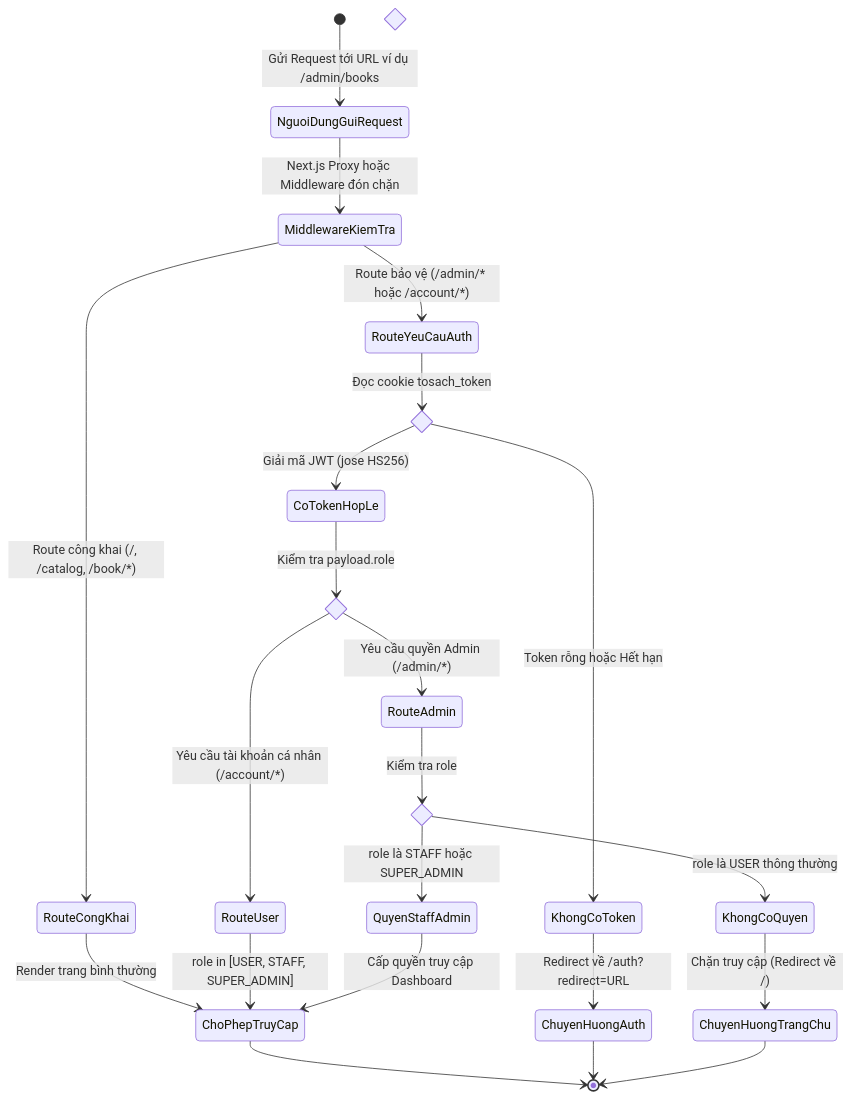
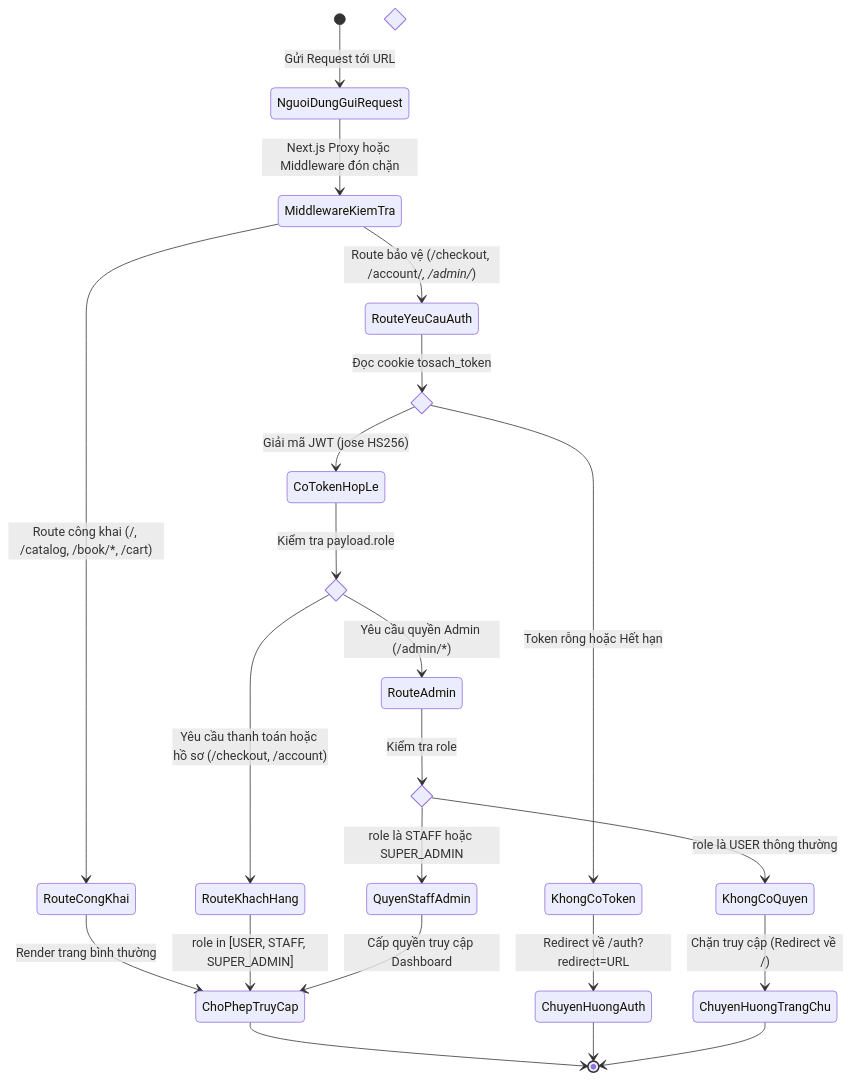
One commit to HannhhDangg/DALN-CNTT-1-1-26-N02_E-commerce-Book-Store changed the eighth of 14 diagrams in DOCS_KIEN_TRUC_SO_DO_BAO_CAO.md. Above: the diagram before and after it, drawn with Mermaid. The commit also changed other lines of this file and 1 other file, not shown here.

````diff
--- a/DOCS_KIEN_TRUC_SO_DO_BAO_CAO.md
+++ b/DOCS_KIEN_TRUC_SO_DO_BAO_CAO.md
@@ -462,37 +468,37 @@
 ```mermaid
 stateDiagram-v2
-    [*] --> NguoiDungGuiRequest: Gửi Request tới URL ví dụ /admin/books
+    [*] --> NguoiDungGuiRequest: Gửi Request tới URL
     NguoiDungGuiRequest --> MiddlewareKiemTra: Next.js Proxy hoặc Middleware đón chặn
 
     state KiemTraLoaiRoute <<choice>>
-    MiddlewareKiemTra --> RouteCongKhai: Route công khai (/, /catalog, /book/*)
-    MiddlewareKiemTra --> RouteYeuCauAuth: Route bảo vệ (/admin/* hoặc /account/*)
+    MiddlewareKiemTra --> RouteCongKhai: Route công khai (/, /catalog, /book/*, /cart)
+    MiddlewareKiemTra --> RouteYeuCauAuth: Route bảo vệ (/checkout, /account/*, /admin/*)
 
     RouteCongKhai --> ChoPhepTruyCap: Render trang bình thường
 
     state KiemTraToken <<choice>>
     RouteYeuCauAuth --> KiemTraToken: Đọc cookie tosach_token
     KiemTraToken --> KhongCoToken: Token rỗng hoặc Hết hạn
     KhongCoToken --> ChuyenHuongAuth: Redirect về /auth?redirect=URL
 
     KiemTraToken --> CoTokenHopLe: Giải mã JWT (jose HS256)
     
     state KiemTraVaiTro <<choice>>
     CoTokenHopLe --> KiemTraVaiTro: Kiểm tra payload.role
     KiemTraVaiTro --> RouteAdmin: Yêu cầu quyền Admin (/admin/*)
-    KiemTraVaiTro --> RouteUser: Yêu cầu tài khoản cá nhân (/account/*)
+    KiemTraVaiTro --> RouteKhachHang: Yêu cầu thanh toán hoặc hồ sơ (/checkout, /account)
 
-    RouteUser --> ChoPhepTruyCap: role in [USER, STAFF, SUPER_ADMIN]
+    RouteKhachHang --> ChoPhepTruyCap: role in [USER, STAFF, SUPER_ADMIN]
     
     state KiemTraQuyenStaff <<choice>>
     RouteAdmin --> KiemTraQuyenStaff: Kiểm tra role
     KiemTraQuyenStaff --> QuyenStaffAdmin: role là STAFF hoặc SUPER_ADMIN
     KiemTraQuyenStaff --> KhongCoQuyen: role là USER thông thường
     
     KhongCoQuyen --> ChuyenHuongTrangChu: Chặn truy cập (Redirect về /)
     QuyenStaffAdmin --> ChoPhepTruyCap: Cấp quyền truy cập Dashboard
 
     ChoPhepTruyCap --> [*]
     ChuyenHuongAuth --> [*]
     ChuyenHuongTrangChu --> [*]
 ```
````
